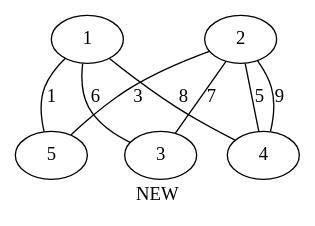
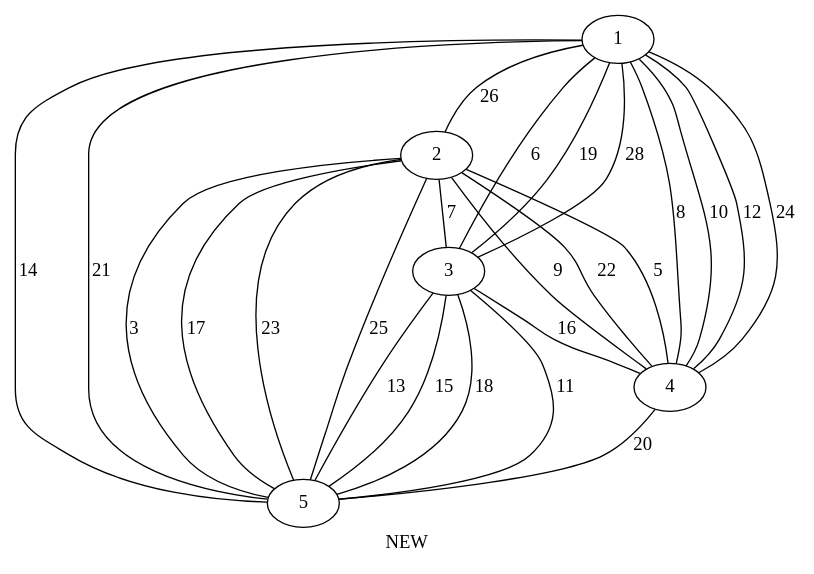
One commit to cawasret13/flita changed the diagram in dz4/res.gv. Above: the diagram before and after it, drawn with Graphviz. The commit also changed 5 other files, not shown here.

```diff
--- a/dz4/res.gv
+++ b/dz4/res.gv
@@ -1,15 +1,32 @@
 graph Grath {
 	1;
 	2;
 	3;
 	4;
 	5;
-	1 -- 5 [label = "1"];
 	1	2 -- 5 [label = "3"];
 	2 -- 4 [label = "5"];
 	1 -- 3 [label = "6"];
 	2 -- 3 [label = "7"];
 	1 -- 4 [label = "8"];
 	2 -- 4 [label = "9"];
+	1 -- 4 [label = "10"];
+	3 -- 5 [label = "11"];
+	1 -- 4 [label = "12"];
+	3 -- 5 [label = "13"];
+	1 -- 5 [label = "14"];
+	3 -- 5 [label = "15"];
+	3 -- 4 [label = "16"];
+	2 -- 5 [label = "17"];
+	3 -- 5 [label = "18"];
+	1 -- 3 [label = "19"];
+	4 -- 5 [label = "20"];
+	1 -- 5 [label = "21"];
+	2 -- 4 [label = "22"];
+	2 -- 5 [label = "23"];
+	1 -- 4 [label = "24"];
+	2 -- 5 [label = "25"];
+	1 -- 2 [label = "26"];
+	5	1 -- 3 [label = "28"];
 	label = "NEW";
 }
```
